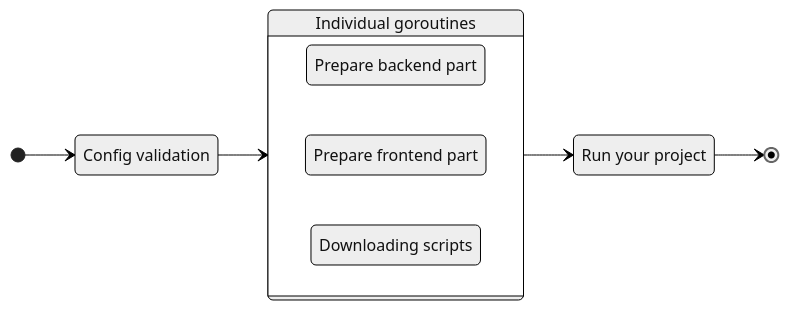
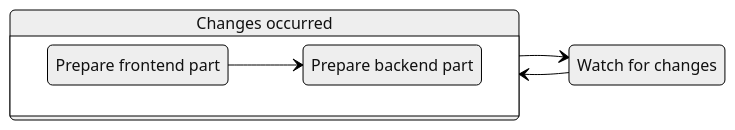
Before and after one commit to gowebly/docs: the diagram in docs/complete-user-guide/run-your-project.md, drawn with Mermaid (neutral theme). The commit also changed other lines of this file and 1 other file, not shown here.

````diff
--- a/docs/complete-user-guide/run-your-project.md
+++ b/docs/complete-user-guide/run-your-project.md
@@ -45,20 +35,14 @@
 ```mermaid
 stateDiagram-v2
-    Validation: Config validation
     Backend: Prepare backend part
     Frontend: Prepare frontend part
-    Downloading: Downloading scripts
-    Goroutines: Individual goroutines
-    Run: Run your project
+    Watch: Watch for changes
+    Changes: Changes occurred
     direction LR
-    [*] --> Validation
-    Validation --> Goroutines
-    state Goroutines {
-        direction LR
-        Backend
-        Frontend
-        Downloading
+    Watch --> Changes
+    state Changes {
+      direction LR
+      Frontend --> Backend
     }
-    Goroutines --> Run
-    Run --> [*]
+    Changes --> Watch
 ```
````
